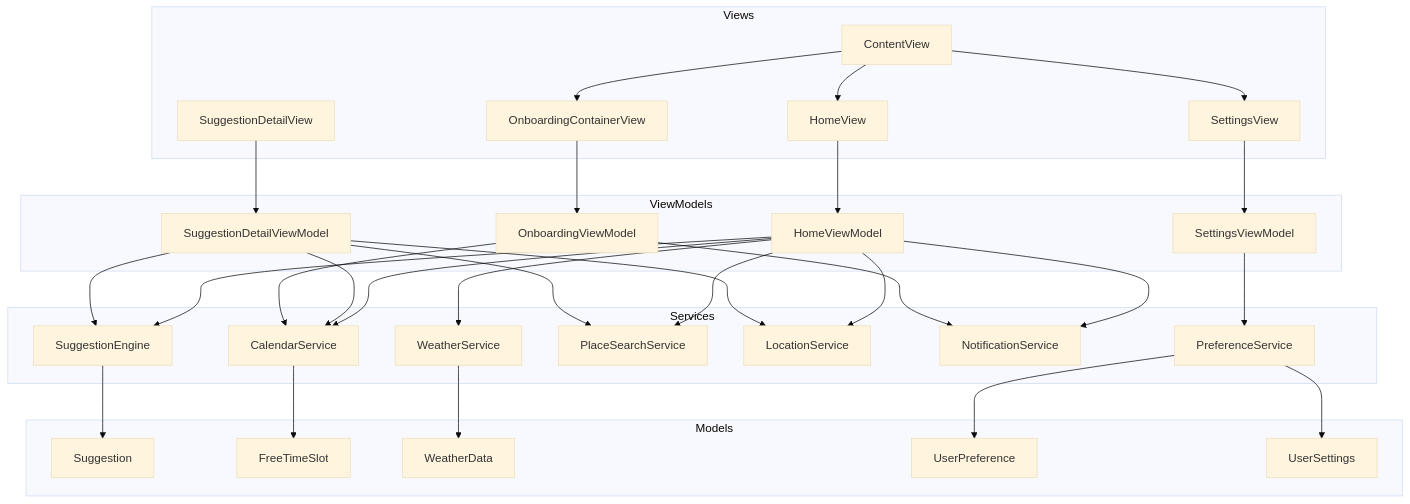
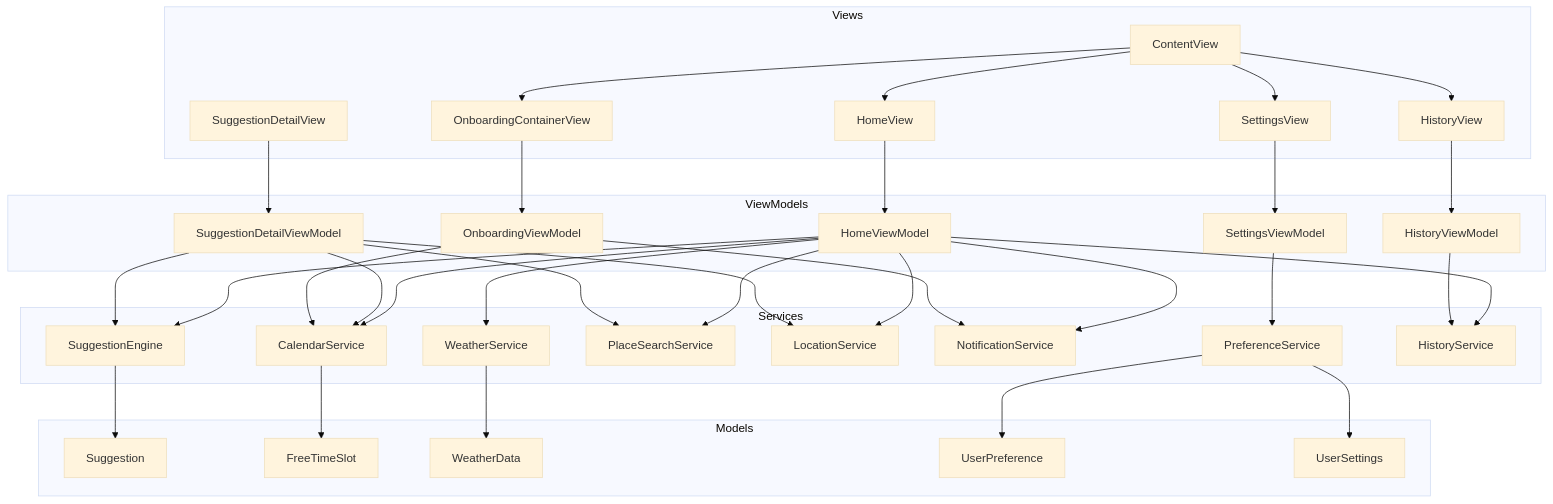
The first of 2 diagrams in docs/architecture/architecture-overview.md (Ken-Miyamura/serendipity-planner), drawn with Mermaid (base theme) before and after one commit. The commit also changed other lines of this file and 4 other files, not shown here.

````diff
--- a/docs/architecture/architecture-overview.md
+++ b/docs/architecture/architecture-overview.md
@@ -7,65 +7,73 @@
 ```mermaid
 graph TD
     subgraph Views
         CV[ContentView]
         HV[HomeView]
         SDV[SuggestionDetailView]
+        HISV[HistoryView]
         SV[SettingsView]
         OV[OnboardingContainerView]
     end
 
     subgraph ViewModels
         HVM[HomeViewModel]
         SDVM[SuggestionDetailViewModel]
+        HISVM[HistoryViewModel]
         SVM[SettingsViewModel]
         OVM[OnboardingViewModel]
     end
 
     subgraph Services
         CS[CalendarService]
         WS[WeatherService]
         SE[SuggestionEngine]
         PS[PlaceSearchService]
         LS[LocationService]
         NS[NotificationService]
         PFS[PreferenceService]
+        HIS[HistoryService]
     end
 
     subgraph Models
         SG[Suggestion]
         FTS[FreeTimeSlot]
         WD[WeatherData]
         UP[UserPreference]
         US[UserSettings]
     end
 
     CV --> HV
+    CV --> HISV
     CV --> SV
     CV --> OV
     HV --> HVM
     SDV --> SDVM
+    HISV --> HISVM
     SV --> SVM
     OV --> OVM
 
     HVM --> CS
     HVM --> WS
     HVM --> SE
     HVM --> PS
     HVM --> LS
     HVM --> NS
+    HVM --> HIS
+
+    HISVM --> HIS
 
     SDVM --> SE
     SDVM --> PS
     SDVM --> CS
     SDVM --> LS
 
     SVM --> PFS
     OVM --> CS
     OVM --> NS
 
     CS --> FTS
     WS --> WD
     SE --> SG
     PFS --> UP
     PFS --> US
 ```
````
